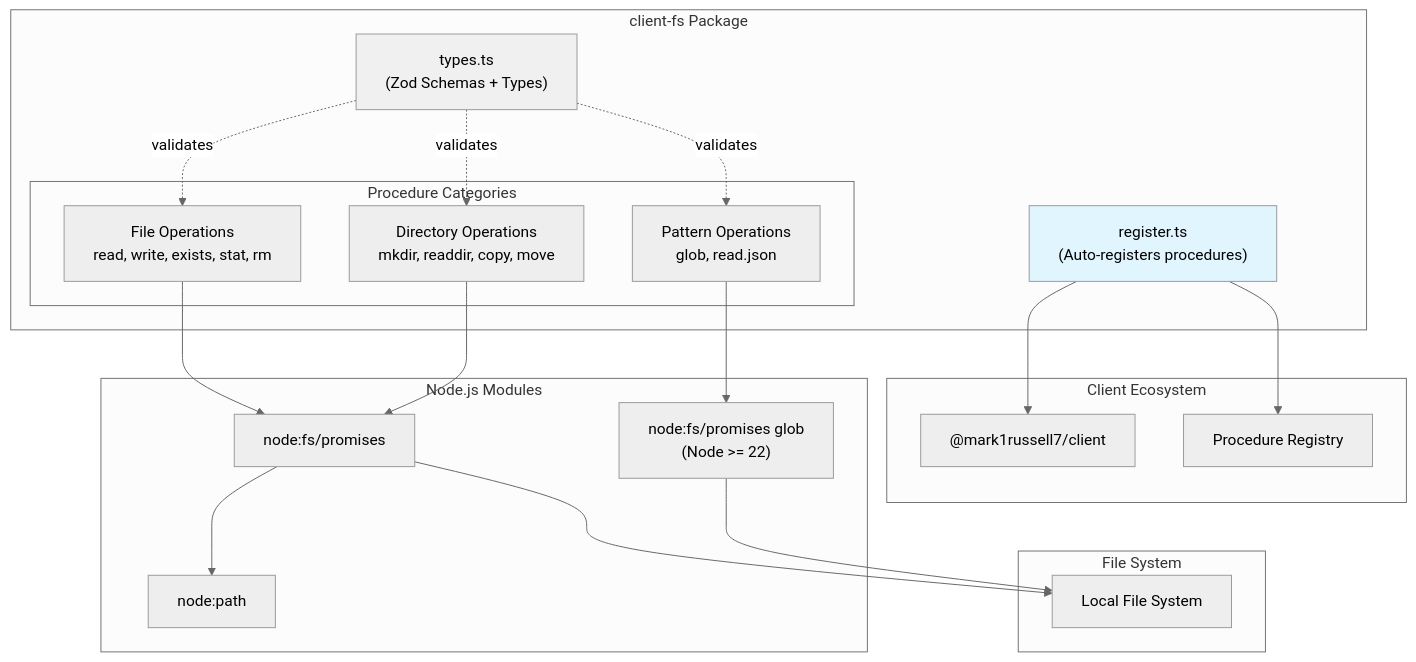
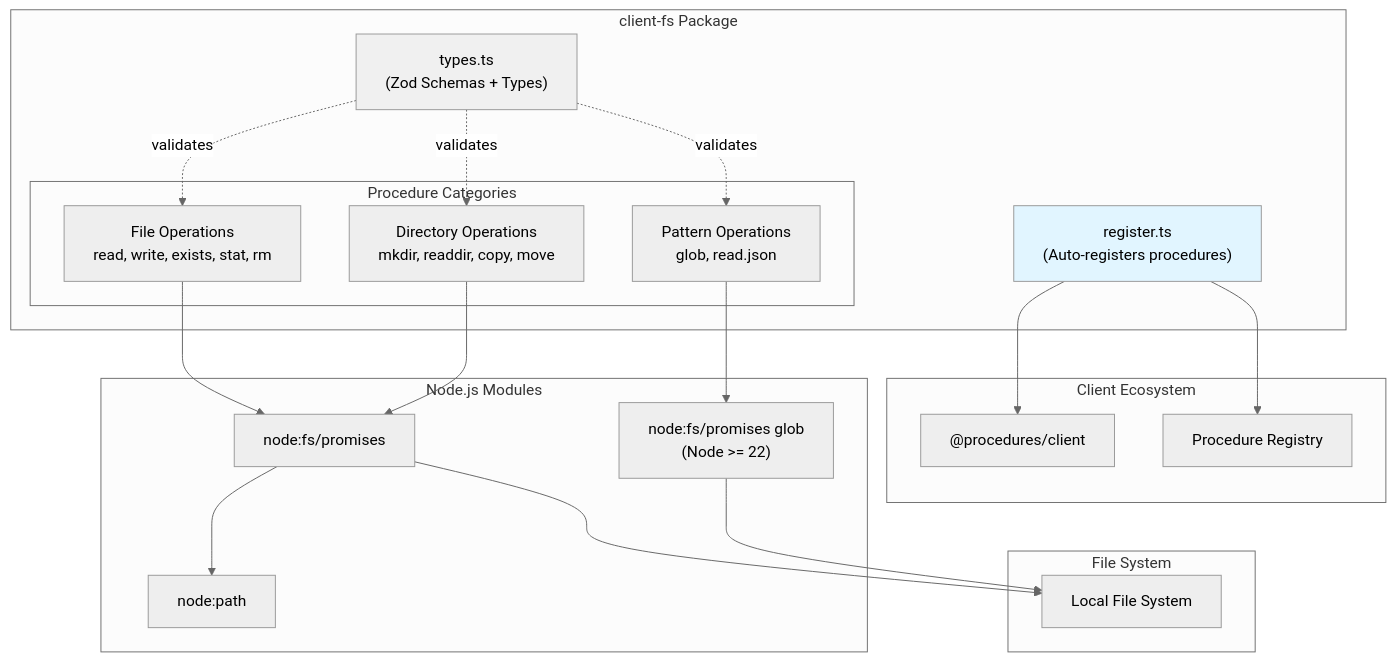
The first of 2 diagrams in packages/client-fs/README.md (mark1russell7/client), drawn with Mermaid (neutral theme) before and after one commit. The commit also changed other lines of this file and 389 other files, not shown here.

````diff
--- a/packages/client-fs/README.md
+++ b/packages/client-fs/README.md
@@ -25,46 +25,46 @@
 ```mermaid
 graph TB
     subgraph "Client Ecosystem"
-        Client["@mark1russell7/client"]
+        Client["@procedures/client"]
         Registry["Procedure Registry"]
     end
 
     subgraph "client-fs Package"
         Register["register.ts<br/>(Auto-registers procedures)"]
         Types["types.ts<br/>(Zod Schemas + Types)"]
 
         subgraph "Procedure Categories"
             FileOps["File Operations<br/>read, write, exists, stat, rm"]
             DirOps["Directory Operations<br/>mkdir, readdir, copy, move"]
             PatternOps["Pattern Operations<br/>glob, read.json"]
         end
     end
 
     subgraph "Node.js Modules"
         NodeFs["node:fs/promises"]
         NodePath["node:path"]
         NodeGlob["node:fs/promises glob<br/>(Node >= 22)"]
     end
 
     subgraph "File System"
         FS["Local File System"]
     end
 
     Register --> Client
     Register --> Registry
 
     FileOps --> NodeFs
     DirOps --> NodeFs
     PatternOps --> NodeGlob
 
     NodeFs --> NodePath
     NodeFs --> FS
     NodeGlob --> FS
 
     Types -.validates.-> FileOps
     Types -.validates.-> DirOps
     Types -.validates.-> PatternOps
 
     style Register fill:#e1f5ff
     style Types fill:#f0f0f0
 ```
````
